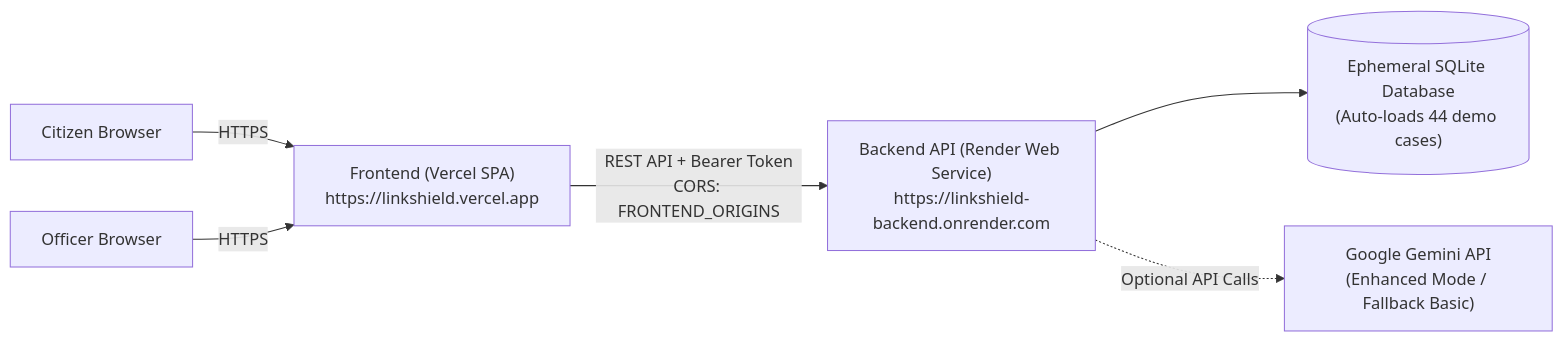
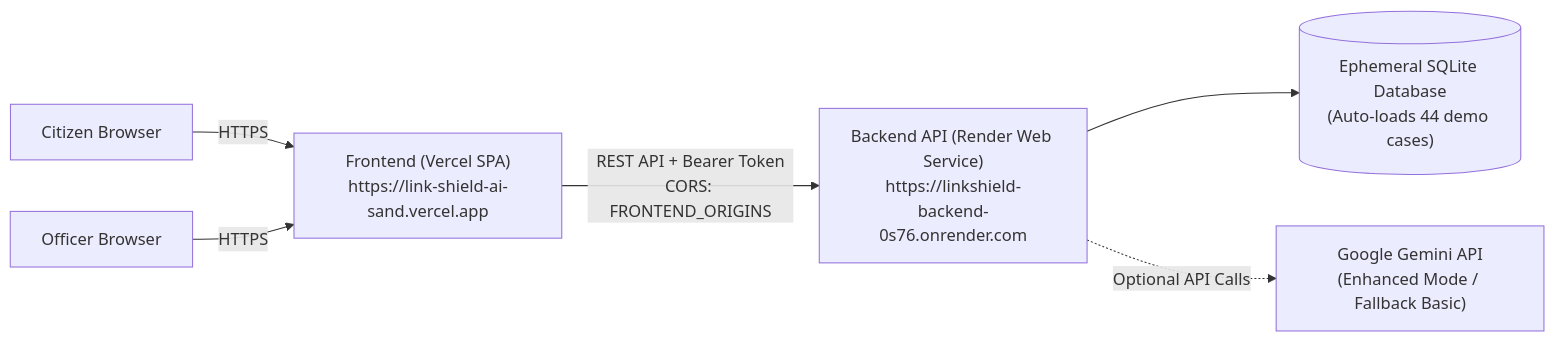
Before and after one commit to Praha-Razr/Link-Shield-AI: the diagram in DEPLOYMENT.md, drawn with Mermaid. The commit also changed other lines of this file and 1 other file, not shown here.

````diff
--- a/DEPLOYMENT.md
+++ b/DEPLOYMENT.md
@@ -9,8 +19,8 @@
 ```mermaid
 flowchart LR
-    Citizen["Citizen Browser"] -->|HTTPS| Vercel["Frontend (Vercel SPA)\nhttps://linkshield.vercel.app"]
+    Citizen["Citizen Browser"] -->|HTTPS| Vercel["Frontend (Vercel SPA)\nhttps://link-shield-ai-sand.vercel.app"]
     Officer["Officer Browser"] -->|HTTPS| Vercel
-    Vercel -->|REST API + Bearer Token\nCORS: FRONTEND_ORIGINS| Render["Backend API (Render Web Service)\nhttps://linkshield-backend.onrender.com"]
+    Vercel -->|REST API + Bearer Token\nCORS: FRONTEND_ORIGINS| Render["Backend API (Render Web Service)\nhttps://linkshield-backend-0s76.onrender.com"]
     Render --> SQLite[("Ephemeral SQLite Database\n(Auto-loads 44 demo cases)")]
     Render -.->|Optional API Calls| Gemini["Google Gemini API\n(Enhanced Mode / Fallback Basic)"]
 ```
````
